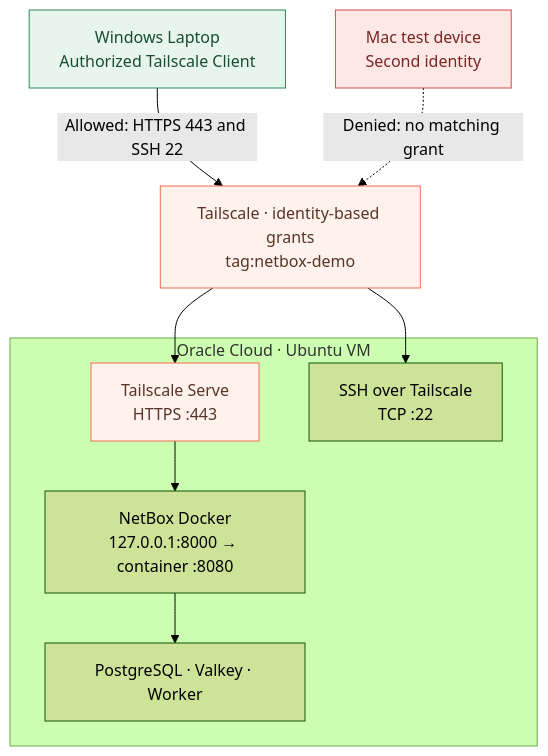
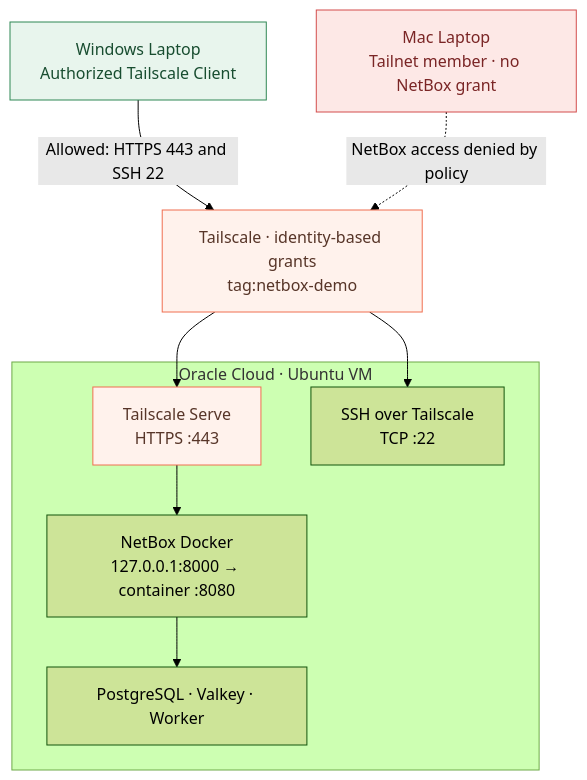
One commit to JaynaRogers/tailscale-netbox-zero-trust-demo changed the diagram in README.md. Above: the diagram before and after it, drawn with Mermaid (forest theme). The commit also changed other lines of this file, not shown here.

Commit message:
docs: distinguish tailnet membership from NetBox authorization

````diff
--- a/README.md
+++ b/README.md
@@ -10,26 +10,26 @@
 ```mermaid
 flowchart TB
     WIN["Windows Laptop<br/>Authorized Tailscale Client"]
-    MAC["Mac test device<br/>Second identity"]
+    MAC["Mac Laptop<br/>Tailnet member · no NetBox grant"]
     TS["Tailscale · identity-based grants<br/>tag:netbox-demo"]
 
     subgraph OCI["Oracle Cloud · Ubuntu VM"]
       SERVE["Tailscale Serve<br/>HTTPS :443"]
       SSH["SSH over Tailscale<br/>TCP :22"]
       BOX["NetBox Docker<br/>127.0.0.1:8000 → container :8080"]
       DATA["PostgreSQL · Valkey · Worker"]
       SERVE --> BOX --> DATA
     end
 
     WIN -->|"Allowed: HTTPS 443 and SSH 22"| TS
-    MAC -.->|"Denied: no matching grant"| TS
+    MAC -.->|"NetBox access denied by policy"| TS
     TS --> SERVE
     TS --> SSH
 
     classDef permitted fill:#E8F5ED,stroke:#2F8754,color:#184D30
     classDef blocked fill:#FDE8E6,stroke:#D34D4D,color:#7A2525
     classDef private fill:#FFF2EC,stroke:#F06F50,color:#573528
     class WIN permitted
     class MAC blocked
     class TS,SERVE private
 ```
````
